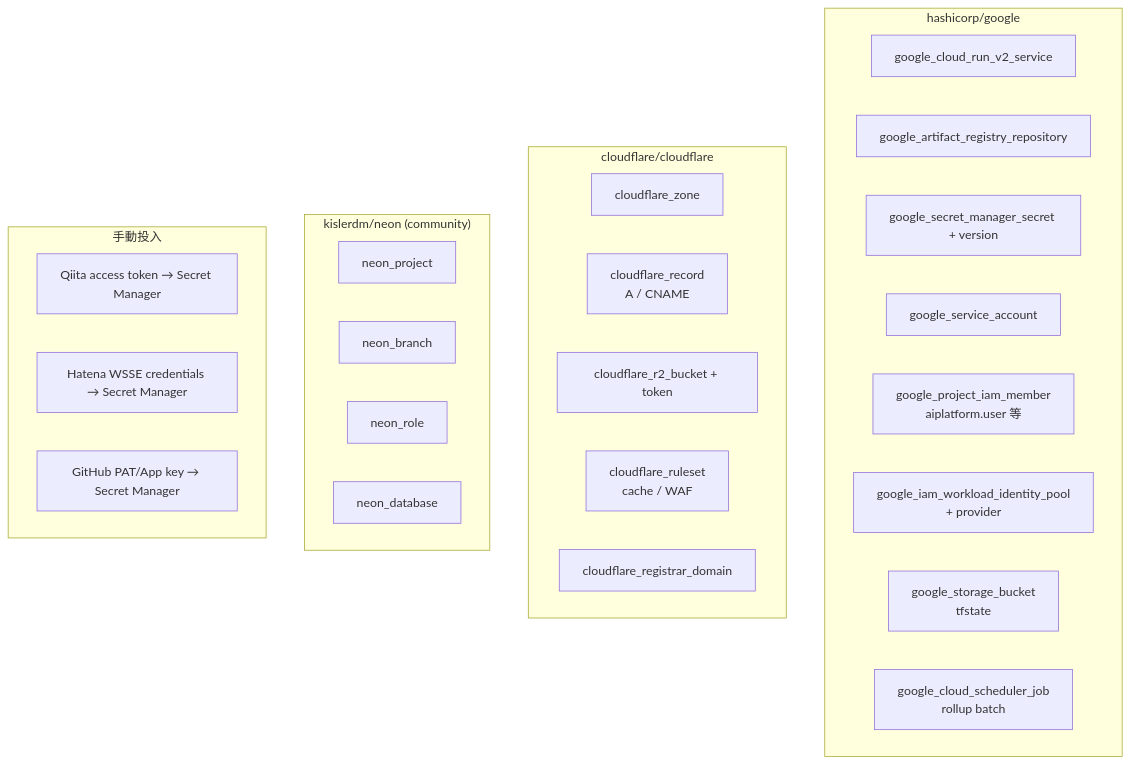
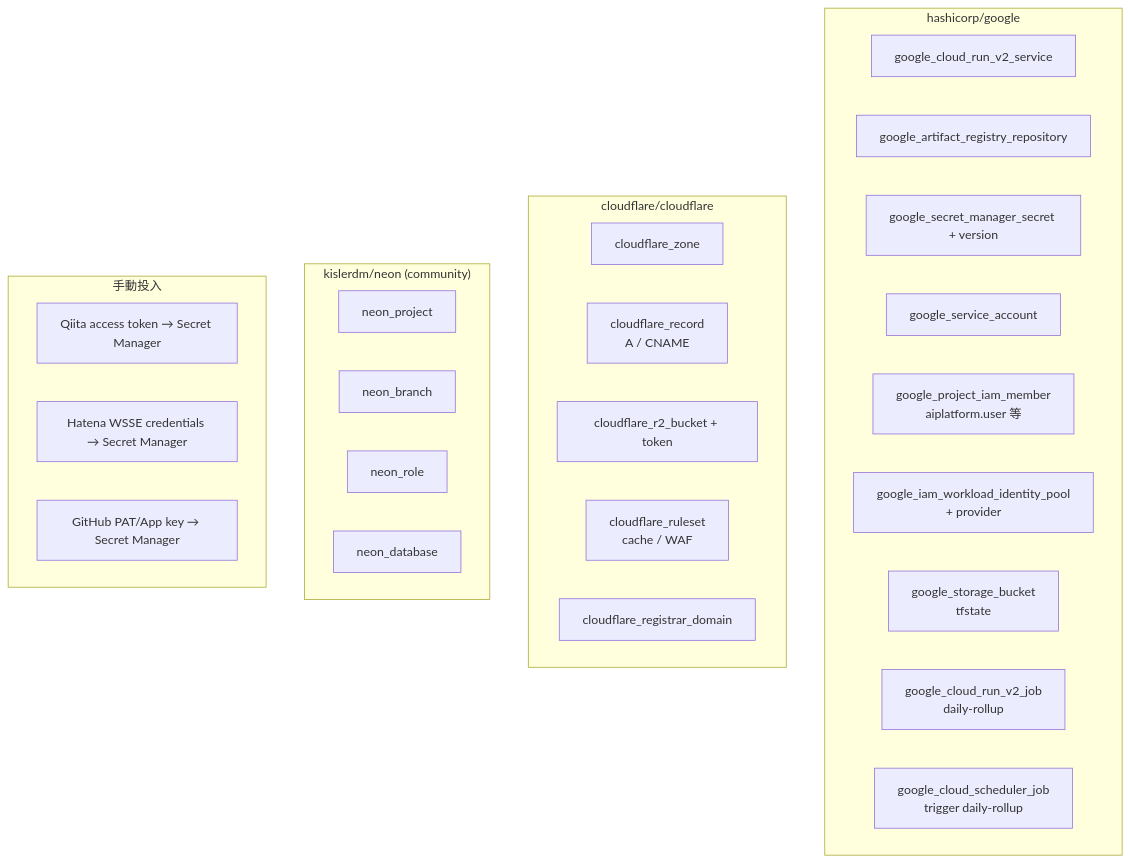
The fourth of 4 diagrams in notes/personal-blog-dev/infra-plan.md (kakkky/scriptorium), drawn with Mermaid before and after one commit. The commit also changed other lines of this file, not shown here.

First line of the commit message:
update: 定期バッチを Cloud Run Jobs + Cloud Scheduler 構成に変更 (personal-blog-dev)

````diff
--- a/notes/personal-blog-dev/infra-plan.md
+++ b/notes/personal-blog-dev/infra-plan.md
@@ -116,31 +140,32 @@
 ```mermaid
 flowchart TB
     subgraph TFGoogle[hashicorp/google]
         G1[google_cloud_run_v2_service]
         G2[google_artifact_registry_repository]
         G3[google_secret_manager_secret + version]
         G4[google_service_account]
         G5[google_project_iam_member<br/>aiplatform.user 等]
         G6[google_iam_workload_identity_pool<br/>+ provider]
         G7[google_storage_bucket<br/>tfstate]
-        G8[google_cloud_scheduler_job<br/>rollup batch]
+        G8[google_cloud_run_v2_job<br/>daily-rollup]
+        G9[google_cloud_scheduler_job<br/>trigger daily-rollup]
     end
     subgraph TFCF[cloudflare/cloudflare]
         C1[cloudflare_zone]
         C2[cloudflare_record<br/>A / CNAME]
         C3[cloudflare_r2_bucket + token]
         C4[cloudflare_ruleset<br/>cache / WAF]
         C5[cloudflare_registrar_domain]
     end
     subgraph TFNeon["kislerdm/neon (community)"]
         N1[neon_project]
         N2[neon_branch]
         N3[neon_role]
         N4[neon_database]
     end
     subgraph Manual[手動投入]
         M1[Qiita access token → Secret Manager]
         M2[Hatena WSSE credentials → Secret Manager]
         M3[GitHub PAT/App key → Secret Manager]
     end
 ```
````
